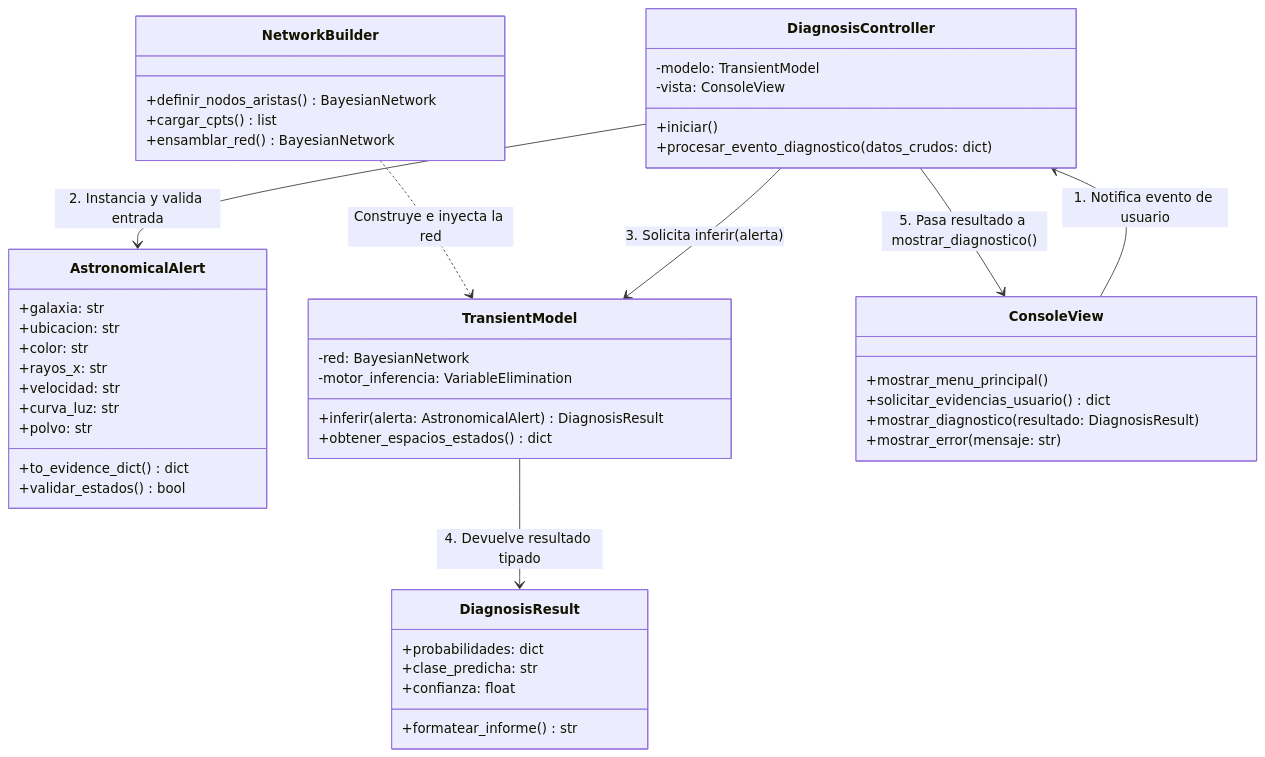
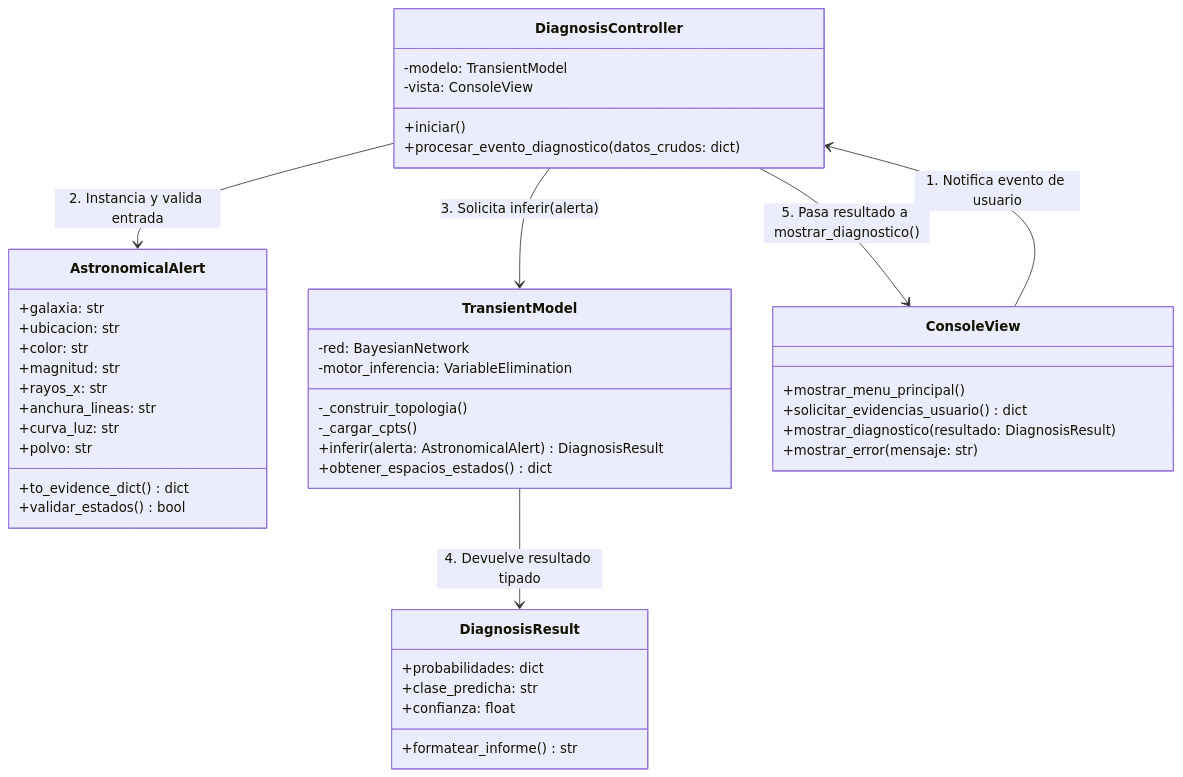
The first of 2 diagrams in docs/diseno_arquitectura_variables.md (hugo-martinez-hme/transitorios), drawn with Mermaid before and after one commit. The commit also changed other lines of this file, not shown here.

Commit message:
docs: ampliar topologia causal a 12 nodos en 4 niveles y simplificar diagrama MVC

````diff
--- a/docs/diseno_arquitectura_variables.md
+++ b/docs/diseno_arquitectura_variables.md
@@ -13,57 +13,53 @@
 ```mermaid
 classDiagram
     direction TB
 
     class AstronomicalAlert {
         +galaxia: str
         +ubicacion: str
         +color: str
+        +magnitud: str
         +rayos_x: str
-        +velocidad: str
+        +anchura_lineas: str
         +curva_luz: str
         +polvo: str
         +to_evidence_dict() dict
         +validar_estados() bool
     }
 
     class DiagnosisResult {
         +probabilidades: dict
         +clase_predicha: str
         +confianza: float
         +formatear_informe() str
     }
 
-    class NetworkBuilder {
-        +definir_nodos_aristas() BayesianNetwork
-        +cargar_cpts() list
-        +ensamblar_red() BayesianNetwork
-    }
-
     class TransientModel {
         -red: BayesianNetwork
         -motor_inferencia: VariableElimination
+        -_construir_topologia()
+        -_cargar_cpts()
         +inferir(alerta: AstronomicalAlert) DiagnosisResult
         +obtener_espacios_estados() dict
     }
 
     class DiagnosisController {
         -modelo: TransientModel
         -vista: ConsoleView
         +iniciar()
         +procesar_evento_diagnostico(datos_crudos: dict)
     }
 
     class ConsoleView {
         +mostrar_menu_principal()
         +solicitar_evidencias_usuario() dict
         +mostrar_diagnostico(resultado: DiagnosisResult)
         +mostrar_error(mensaje: str)
     }
 
-    NetworkBuilder ..> TransientModel : Construye e inyecta la red
     ConsoleView --> DiagnosisController : 1. Notifica evento de usuario
     DiagnosisController --> AstronomicalAlert : 2. Instancia y valida entrada
     DiagnosisController --> TransientModel : 3. Solicita inferir(alerta)
     TransientModel --> DiagnosisResult : 4. Devuelve resultado tipado
     DiagnosisController --> ConsoleView : 5. Pasa resultado a mostrar_diagnostico()
 ```
````
